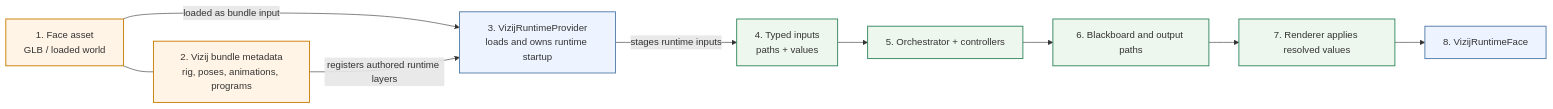
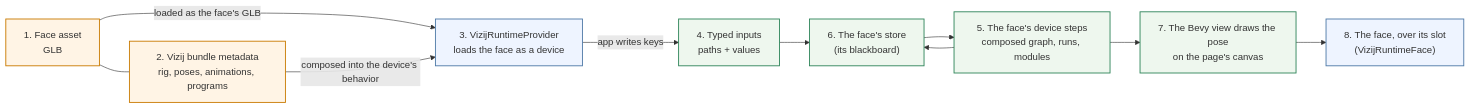
The first of 2 diagrams in current_documentation/guidebook/introduction/system-mental-model.md (vizij-ai/vizij-docs), drawn with Mermaid before and after one commit. The commit also changed other lines of this file and 9 other files, not shown here.

First line of the commit message:
guidebook: faces draw on the page's one canvas, each over its slot

````diff
--- a/current_documentation/guidebook/introduction/system-mental-model.md
+++ b/current_documentation/guidebook/introduction/system-mental-model.md
@@ -51,25 +51,26 @@
 ```mermaid
 flowchart LR
     classDef asset fill:#fff4e5,stroke:#c97a00,stroke-width:1.5px
     classDef runtime fill:#eef7ee,stroke:#2f855a,stroke-width:1.5px
     classDef app fill:#eef4ff,stroke:#4e79a7,stroke-width:1.5px
 
-    asset["1. Face asset\nGLB / loaded world"]
+    asset["1. Face asset\nGLB"]
     bundle["2. Vizij bundle metadata\nrig, poses, animations, programs"]
-    provider["3. VizijRuntimeProvider\nloads and owns runtime startup"]
+    provider["3. VizijRuntimeProvider\nloads the face as a device"]
     inputs["4. Typed inputs\npaths + values"]
-    orch["5. Orchestrator + controllers"]
-    board["6. Blackboard and output paths"]
-    render["7. Renderer applies resolved values"]
-    face["8. VizijRuntimeFace"]
+    device["5. The face's device steps\ncomposed graph, runs, modules"]
+    board["6. The face's store\n(its blackboard)"]
+    render["7. The Bevy view draws the pose\non the page's canvas"]
+    face["8. The face, over its slot\n(VizijRuntimeFace)"]
 
     asset --- bundle
-    asset -->|"loaded as bundle input"| provider
-    bundle -->|"registers authored runtime layers"| provider
-    provider -->|"stages runtime inputs"| inputs
-    inputs --> orch --> board --> render --> face
+    asset -->|"loaded as the face's GLB"| provider
+    bundle -->|"composed into the device's behavior"| provider
+    provider -->|"app writes keys"| inputs
+    inputs --> board --> device --> board
+    device --> render --> face
 
     class asset,bundle asset
-    class inputs,orch,board,render runtime
+    class inputs,device,board,render runtime
     class provider,face app
 ```
````
